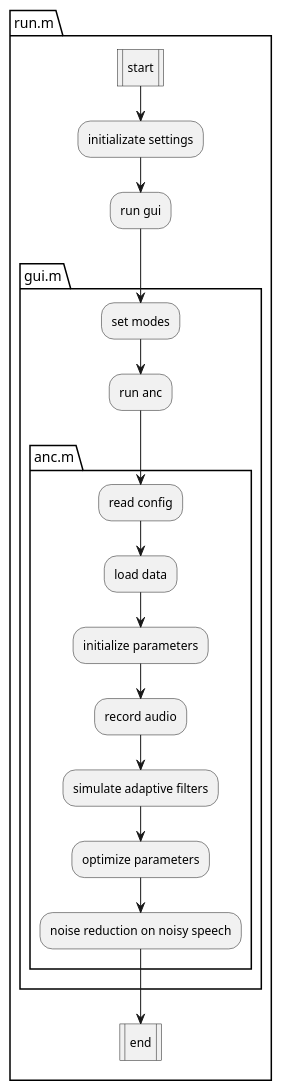
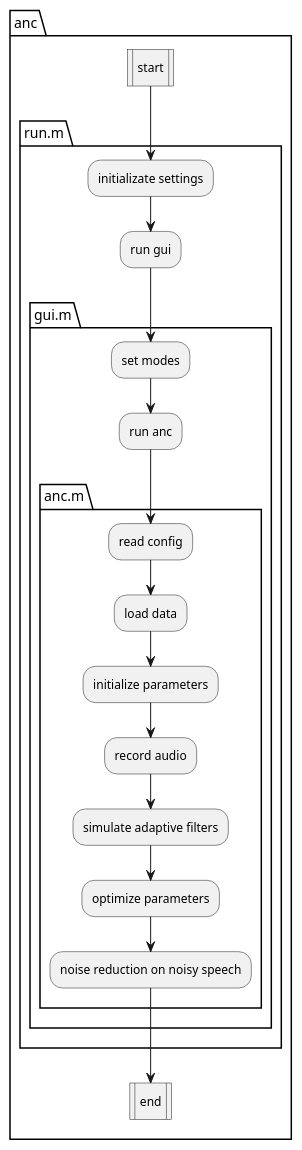
Before and after one commit to Aketirani/active-noise-cancellation: the diagram in flowchart.wsd, drawn with PlantUML.

Commit message:
flowchart updated

```diff
--- a/flowchart.wsd
+++ b/flowchart.wsd
@@ -1,22 +1,24 @@
 @startuml Pipeline Flowchart
 |ANC|
-package "run.m" {
+package "anc" {
     :start|
-    :initializate settings;
-    :run gui;
-    package "gui.m" {
-        :set modes;
-        :run anc;
-        package "anc.m" {
-            :read config;
-            :load data;
-            :initialize parameters;
-            :record audio;
-            :simulate adaptive filters;
-            :optimize parameters;
-            :noise reduction on noisy speech;
+    package "run.m" {
+        :initializate settings;
+        :run gui;
+        package "gui.m" {
+            :set modes;
+            :run anc;
+            package "anc.m" {
+                :read config;
+                :load data;
+                :initialize parameters;
+                :record audio;
+                :simulate adaptive filters;
+                :optimize parameters;
+                :noise reduction on noisy speech;
+            }
         }
     }
     :end|
 }
 @enduml
```
